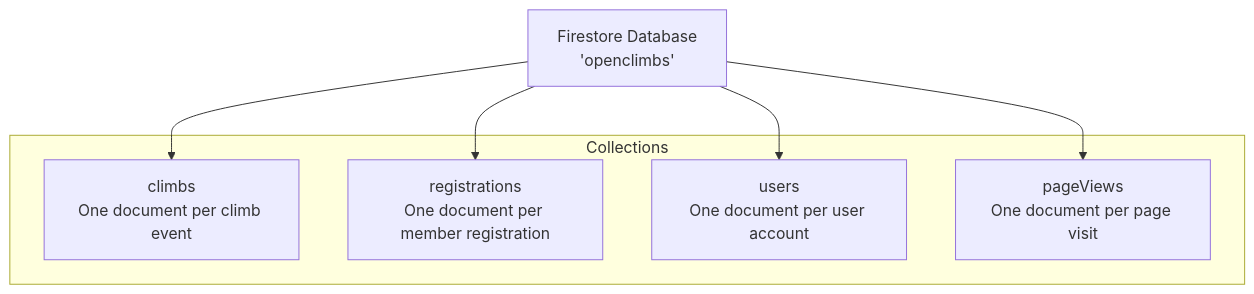
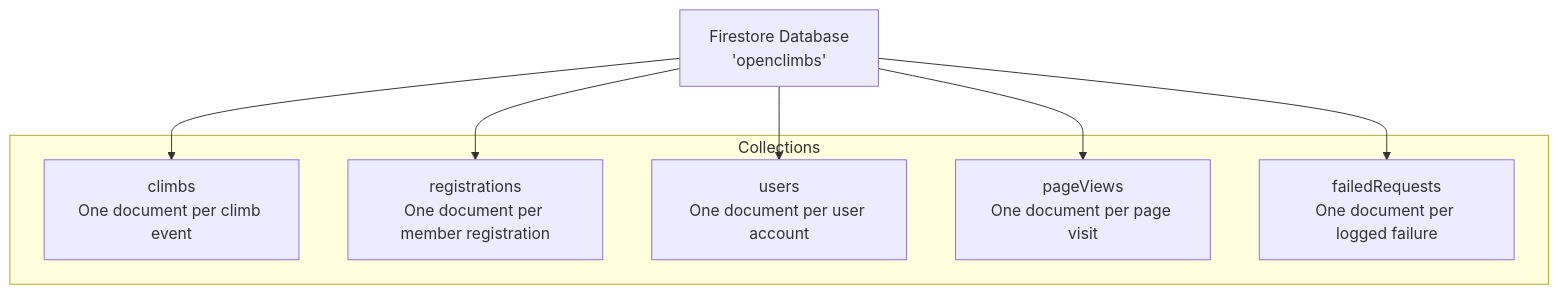
The first of 7 diagrams in docs/DATA.md (Oweeboi011/mms-open-climbs), drawn with Mermaid before and after one commit. The commit also changed other lines of this file and 12 other files, not shown here.

````diff
--- a/docs/DATA.md
+++ b/docs/DATA.md
@@ -34,16 +35,18 @@
 ```mermaid
 graph TD
     DB["Firestore Database\n'openclimbs'"]
 
     subgraph Collections["Collections"]
         C1["climbs\nOne document per climb event"]
         C2["registrations\nOne document per member registration"]
         C3["users\nOne document per user account"]
         C4["pageViews\nOne document per page visit"]
+        C5["failedRequests\nOne document per logged failure"]
     end
 
     DB --> C1
     DB --> C2
     DB --> C3
     DB --> C4
+    DB --> C5
 ```
````
